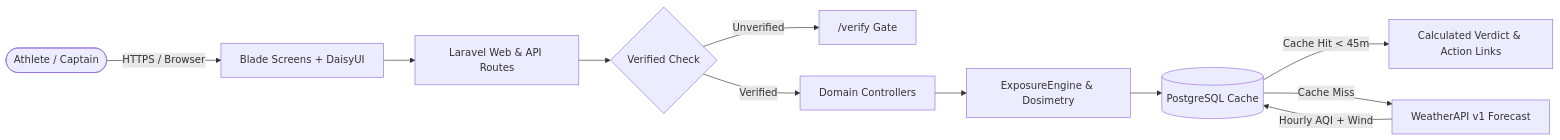
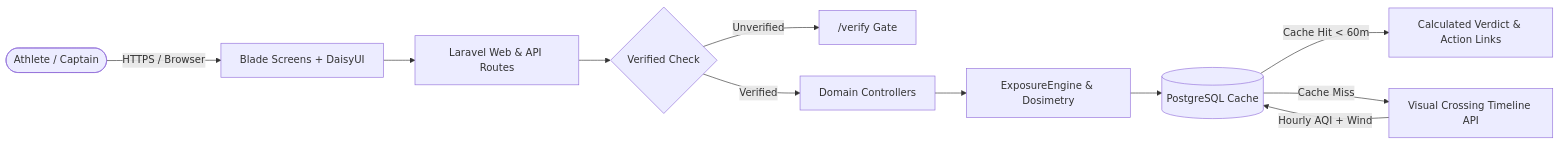
One commit to rafifmsn/alveo changed the diagram in README.md. Above: the diagram before and after it, drawn with Mermaid. The commit also changed other lines of this file and 19 other files, not shown here.

First line of the commit message:
feat: integrate visual crossing api, indonesia location search, and clickable timeline (#6)

````diff
--- a/README.md
+++ b/README.md
@@ -109,13 +109,13 @@
 ```mermaid
 flowchart LR
     Athlete([Athlete / Captain]) -->|HTTPS / Browser| UI[Blade Screens + DaisyUI]
     UI --> Router[Laravel Web & API Routes]
     Router --> Auth{Verified Check}
     Auth -->|Unverified| VerifyPage["/verify Gate"]
     Auth -->|Verified| Controllers[Domain Controllers]
     Controllers --> Engine[ExposureEngine & Dosimetry]
     Engine --> CacheRepo[(PostgreSQL Cache)]
-    CacheRepo -->|Cache Hit < 45m| Response[Calculated Verdict & Action Links]
-    CacheRepo -->|Cache Miss| WeatherAPI[WeatherAPI v1 Forecast]
-    WeatherAPI -->|Hourly AQI + Wind| CacheRepo
+    CacheRepo -->|Cache Hit < 60m| Response[Calculated Verdict & Action Links]
+    CacheRepo -->|Cache Miss| VisualCrossing[Visual Crossing Timeline API]
+    VisualCrossing -->|Hourly AQI + Wind| CacheRepo
 ```
````
